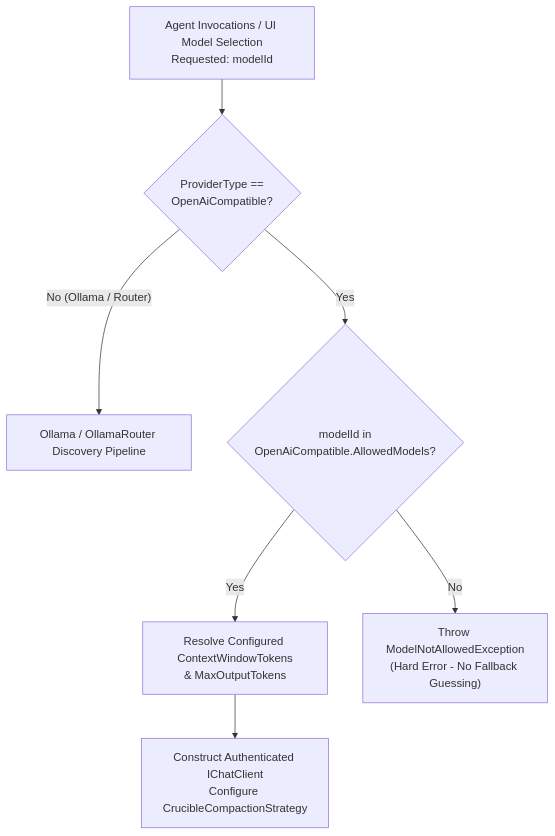
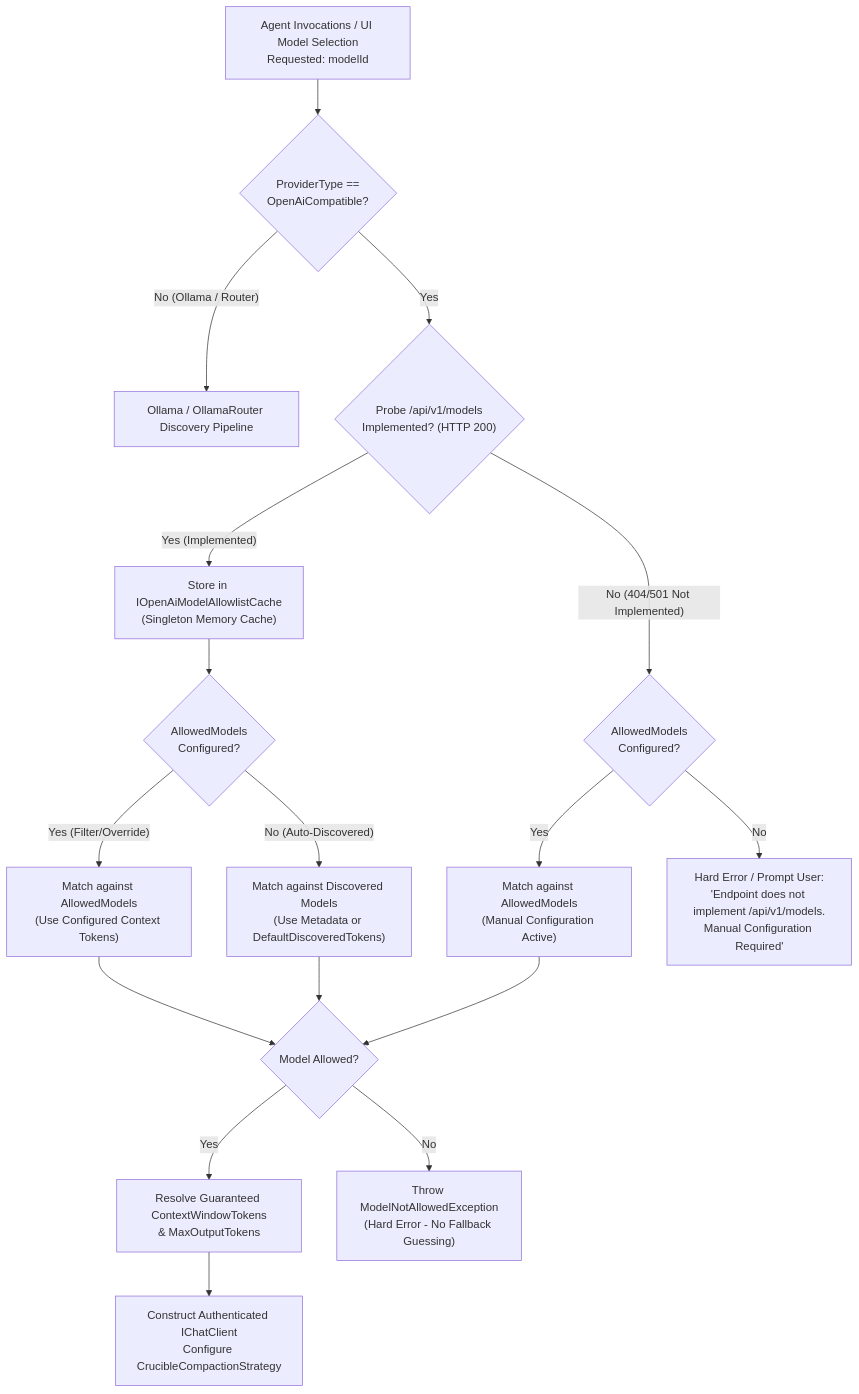
One commit to jetelain/NightCodeForge changed the diagram in docs/plan/phase-11/STEP_11_35_OPENAI_COMPATIBLE_LLM_PROVIDER.md. Above: the diagram before and after it, drawn with Mermaid. The commit also changed other lines of this file and 3 other files, not shown here.

````diff
--- a/docs/plan/phase-11/STEP_11_35_OPENAI_COMPATIBLE_LLM_PROVIDER.md
+++ b/docs/plan/phase-11/STEP_11_35_OPENAI_COMPATIBLE_LLM_PROVIDER.md
@@ -185,13 +270,26 @@
 ```mermaid
 flowchart TD
     Request["Agent Invocations / UI Model Selection<br/>Requested: modelId"] --> CheckProvider{"ProviderType ==<br/>OpenAiCompatible?"}
     
     CheckProvider -- "No (Ollama / Router)" --> OllamaFlow["Ollama / OllamaRouter Discovery Pipeline"]
     
-    CheckProvider -- "Yes" --> CheckAllowlist{"modelId in<br/>OpenAiCompatible.AllowedModels?"}
+    CheckProvider -- "Yes" --> CheckProbe{"Probe /api/v1/models<br/>Implemented? (HTTP 200)"}
     
-    CheckAllowlist -- "Yes" --> Allow["Resolve Configured ContextWindowTokens<br/>& MaxOutputTokens"]
-    Allow --> Client["Construct Authenticated IChatClient<br/>Configure CrucibleCompactionStrategy"]
+    CheckProbe -- "Yes (Implemented)" --> CacheDiscovered["Store in IOpenAiModelAllowlistCache<br/>(Singleton Memory Cache)"]
+    CacheDiscovered --> CheckAllowlist{"AllowedModels<br/>Configured?"}
+    CheckAllowlist -- "Yes (Filter/Override)" --> EnforceAllow["Match against AllowedModels<br/>(Use Configured Context Tokens)"]
+    CheckAllowlist -- "No (Auto-Discovered)" --> EnforceDiscovered["Match against Discovered Models<br/>(Use Metadata or DefaultDiscoveredTokens)"]
     
-    CheckAllowlist -- "No" --> FailFast["Throw ModelNotAllowedException<br/>(Hard Error - No Fallback Guessing)"]
+    CheckProbe -- "No (404/501 Not Implemented)" --> CheckManualModels{"AllowedModels<br/>Configured?"}
+    CheckManualModels -- "Yes" --> EnforceManual["Match against AllowedModels<br/>(Manual Configuration Active)"]
+    CheckManualModels -- "No" --> FailNotConfigured["Hard Error / Prompt User:<br/>'Endpoint does not implement /api/v1/models.<br/>Manual Configuration Required'"]
+    
+    EnforceAllow --> ValidModel{"Model Allowed?"}
+    EnforceDiscovered --> ValidModel
+    EnforceManual --> ValidModel
+    
+    ValidModel -- "Yes" --> ResolveCtx["Resolve Guaranteed ContextWindowTokens<br/>& MaxOutputTokens"]
+    ResolveCtx --> Client["Construct Authenticated IChatClient<br/>Configure CrucibleCompactionStrategy"]
+    
+    ValidModel -- "No" --> FailFast["Throw ModelNotAllowedException<br/>(Hard Error - No Fallback Guessing)"]
 ```
````
